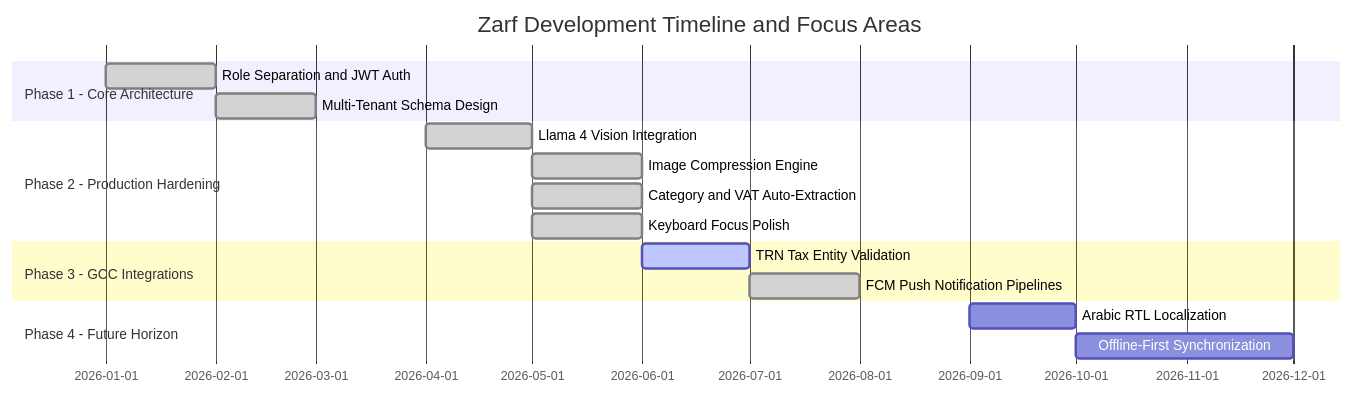
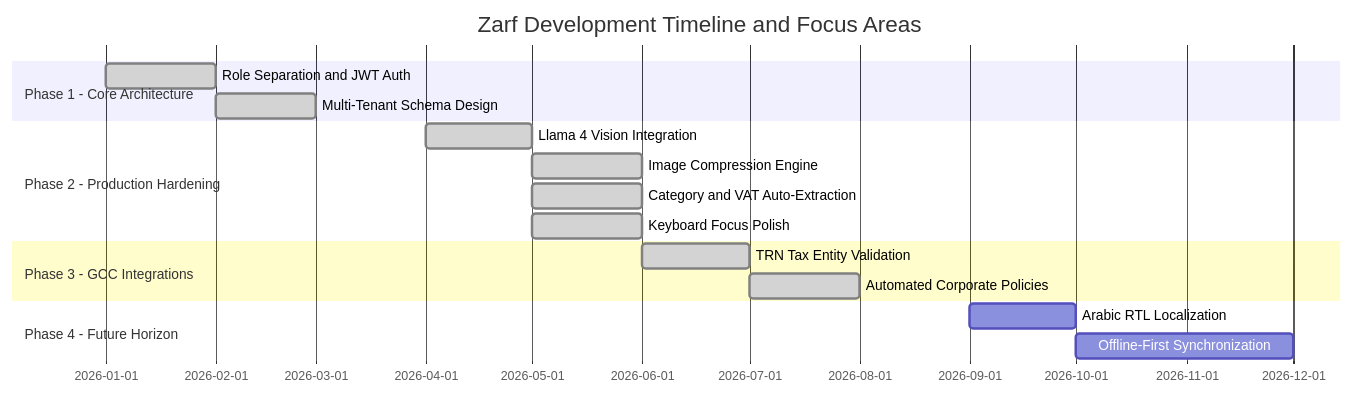
Before and after one commit to r6rizwan/Zarf: the diagram in ROADMAP.md, drawn with Mermaid. The commit also changed other lines of this file and 20 other files, not shown here.

First line of the commit message:
Add TRN validation and policy engine

````diff
--- a/ROADMAP.md
+++ b/ROADMAP.md
@@ -9,19 +9,19 @@
 ```mermaid
 gantt
     title Zarf Development Timeline and Focus Areas
     dateFormat  YYYY-MM
     section Phase 1 - Core Architecture
     Role Separation and JWT Auth         :done, p1, 2026-01, 2026-02
     Multi-Tenant Schema Design        :done, p2, 2026-02, 2026-03
     section Phase 2 - Production Hardening
     Llama 4 Vision Integration         :done, p3, 2026-04, 2026-05
     Image Compression Engine          :done, p4, 2026-05, 2026-06
     Category and VAT Auto-Extraction    :done, p5, 2026-05, 2026-06
     Keyboard Focus Polish             :done, p6, 2026-05, 2026-06
     section Phase 3 - GCC Integrations
-    TRN Tax Entity Validation         :active, p7, 2026-06, 2026-07
-    FCM Push Notification Pipelines   :done, p8, 2026-07, 2026-08
+    TRN Tax Entity Validation         :done, p7, 2026-06, 2026-07
+    Automated Corporate Policies      :done, p8, 2026-07, 2026-08
     section Phase 4 - Future Horizon
     Arabic RTL Localization           : p9, 2026-09, 2026-10
     Offline-First Synchronization     : p10, 2026-10, 2026-12
 ```
````
